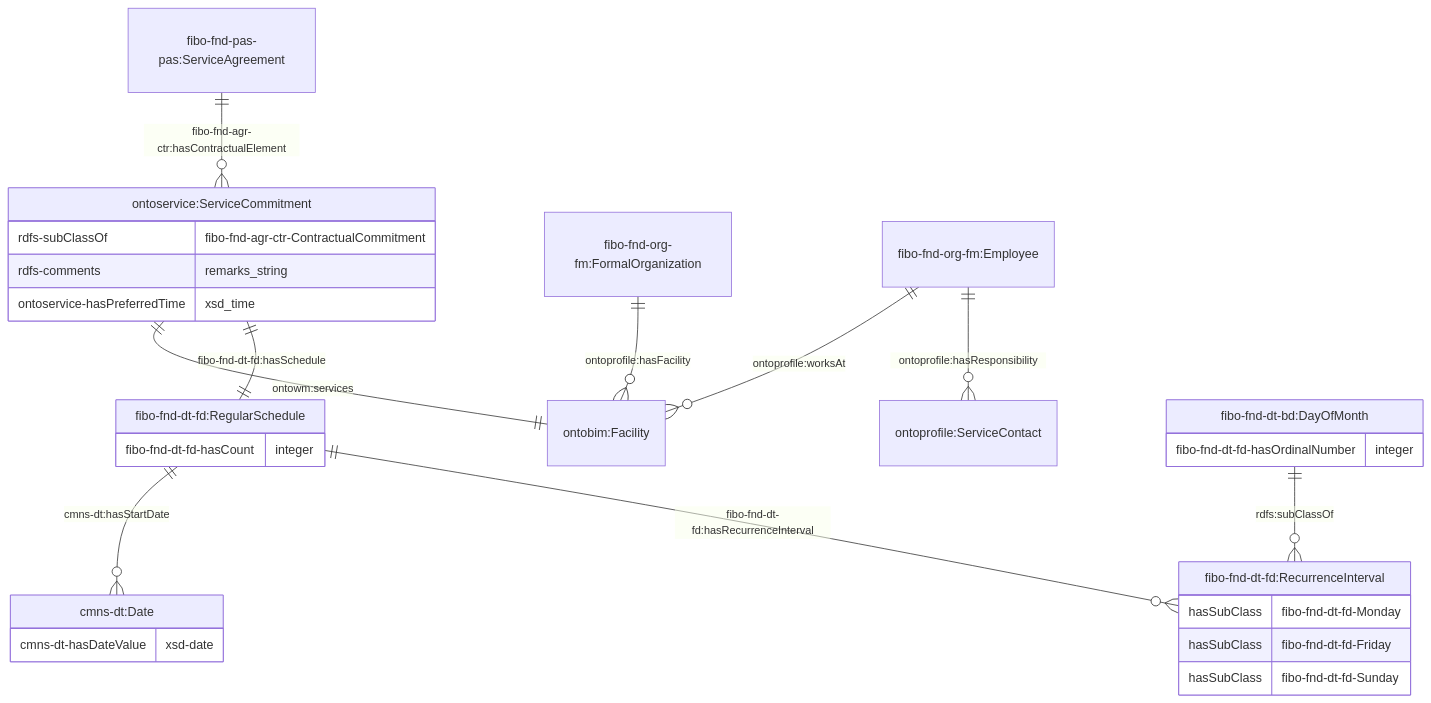
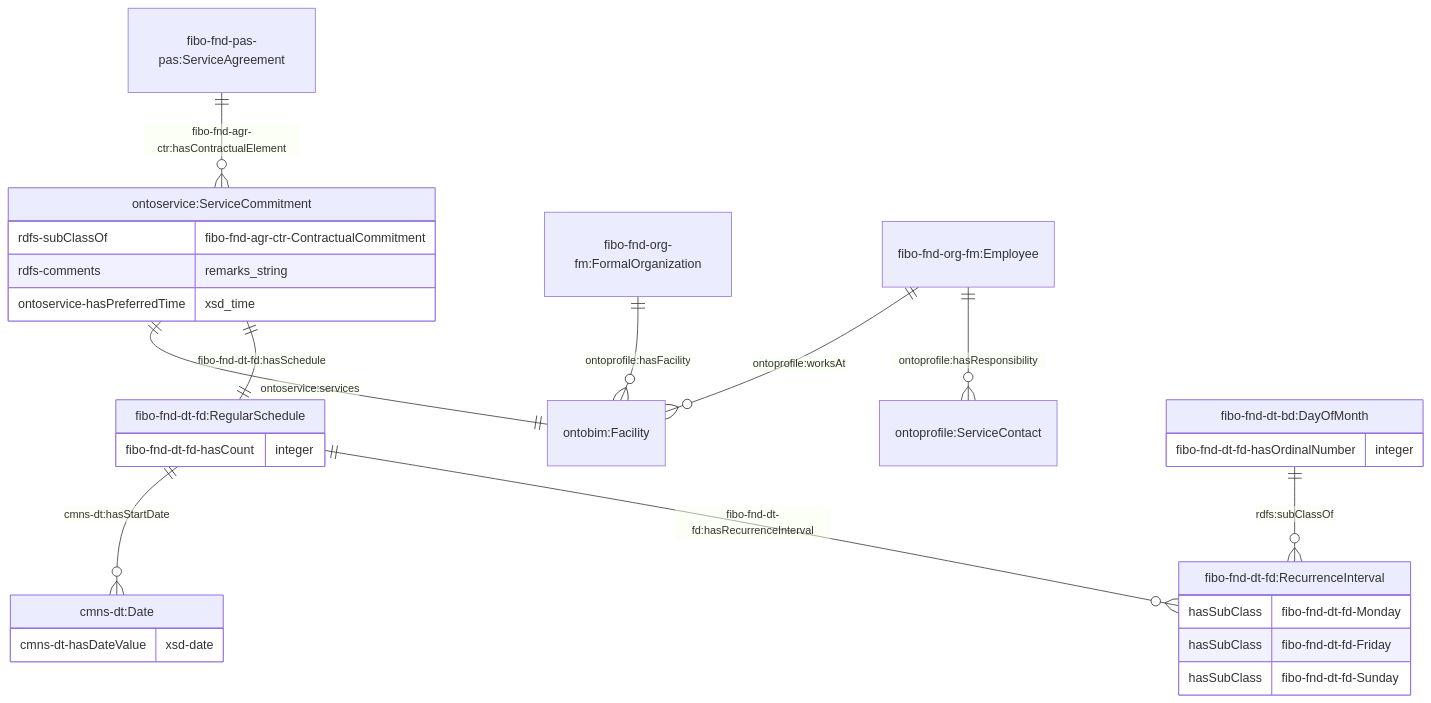
The third of 5 diagrams in JPS_Ontology/ontology/ontoservice/README.md (cambridge-cares/TheWorldAvatar), drawn with Mermaid before and after one commit.

Commit message:
dev_ontoservice: Fix typo

````diff
--- a/JPS_Ontology/ontology/ontoservice/README.md
+++ b/JPS_Ontology/ontology/ontoservice/README.md
@@ -112,34 +112,34 @@
 ```mermaid
     erDiagram
     "fibo-fnd-pas-pas:ServiceAgreement" ||--o{ "ontoservice:ServiceCommitment" : "fibo-fnd-agr-ctr:hasContractualElement"
 
     "ontoservice:ServiceCommitment" {
         rdfs-subClassOf fibo-fnd-agr-ctr-ContractualCommitment
         rdfs-comments remarks_string
         ontoservice-hasPreferredTime xsd_time
     }
-    "ontoservice:ServiceCommitment" ||--|| "ontobim:Facility" : "ontowm:services"
+    "ontoservice:ServiceCommitment" ||--|| "ontobim:Facility" : "ontoservice:services"
     "fibo-fnd-org-fm:FormalOrganization" ||--o{ "ontobim:Facility" : "ontoprofile:hasFacility "
     "fibo-fnd-org-fm:Employee" ||--o{ "ontobim:Facility"  : "ontoprofile:worksAt"
     "fibo-fnd-org-fm:Employee" ||--o{ "ontoprofile:ServiceContact"  : "ontoprofile:hasResponsibility"
 
     "ontoservice:ServiceCommitment" ||--|| "fibo-fnd-dt-fd:RegularSchedule" : "fibo-fnd-dt-fd:hasSchedule"
      "fibo-fnd-dt-fd:RegularSchedule" {
         fibo-fnd-dt-fd-hasCount integer
     }
     "fibo-fnd-dt-fd:RegularSchedule" ||--o{ "cmns-dt:Date" : "cmns-dt:hasStartDate"
     "cmns-dt:Date" {
         cmns-dt-hasDateValue xsd-date
     }
 
     "fibo-fnd-dt-fd:RegularSchedule" ||--o{ "fibo-fnd-dt-fd:RecurrenceInterval" : "fibo-fnd-dt-fd:hasRecurrenceInterval"
     "fibo-fnd-dt-fd:RecurrenceInterval" {
         hasSubClass fibo-fnd-dt-fd-Monday
         hasSubClass fibo-fnd-dt-fd-Friday
         hasSubClass fibo-fnd-dt-fd-Sunday
     }
     "fibo-fnd-dt-bd:DayOfMonth" ||--o{ "fibo-fnd-dt-fd:RecurrenceInterval" : "rdfs:subClassOf"
     "fibo-fnd-dt-bd:DayOfMonth" {
         fibo-fnd-dt-fd-hasOrdinalNumber integer
     }
 ```
````
